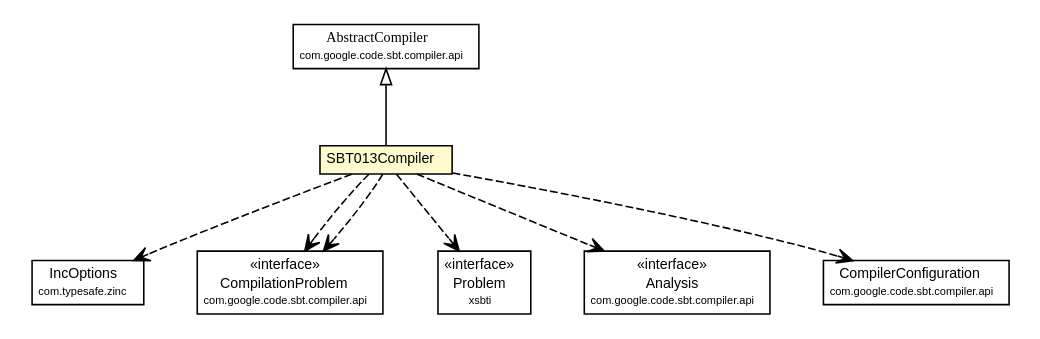
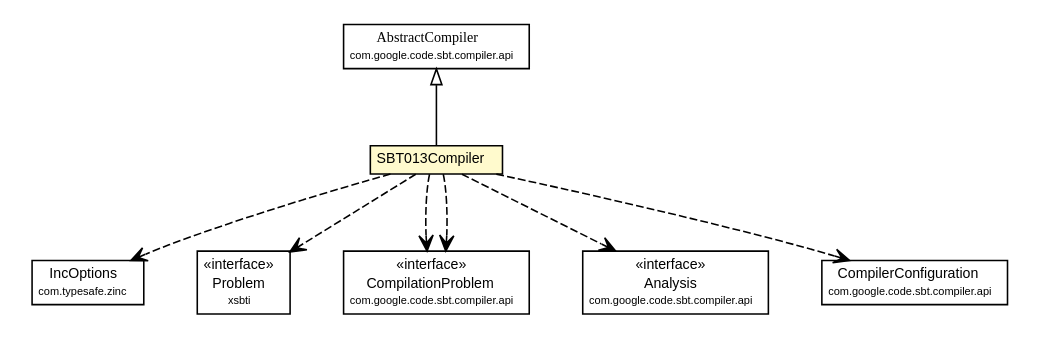
One commit to sbt-compiler-maven-plugin/sbt-compiler-maven-plugin.github.io changed the diagram in sbt-compiler-maven-plugin/1.0.0-beta9-SNAPSHOT/sbt-compilers/sbt-compiler-sbt013/apidocs/com/google/code/sbt/compiler/sbt013/SBT013Compiler.dot. Above: the diagram before and after it, drawn with Graphviz. The commit also changed 150 other files, not shown here.

```diff
--- a/sbt-compiler-maven-plugin/1.0.0-beta9-SNAPSHOT/sbt-compilers/sbt-compiler-sbt013/apidocs/com/google/code/sbt/compiler/sbt013/SBT013Compiler.dot
+++ b/sbt-compiler-maven-plugin/1.0.0-beta9-SNAPSHOT/sbt-compilers/sbt-compiler-sbt013/apidocs/com/google/code/sbt/compiler/sbt013/SBT013Compiler.dot
@@ -1,77 +1,77 @@
 #!/usr/local/bin/dot
 #
 # Class diagram 
 # Generated by UMLGraph version R5_6-24-gf6e263 (http://www.umlgraph.org/)
 #
 
 digraph G {
 	edge [fontname="arial",fontsize=10,labelfontname="arial",labelfontsize=10];
 	node [fontname="arial",fontsize=10,shape=plaintext];
 	nodesep=0.25;
 	ranksep=0.5;
 	// com.google.code.sbt.compiler.sbt013.SBT013Compiler
 	c61 [label=<<table title="com.google.code.sbt.compiler.sbt013.SBT013Compiler" border="0" cellborder="1" cellspacing="0" cellpadding="2" port="p" bgcolor="lemonChiffon" href="./SBT013Compiler.html">
 		<tr><td><table border="0" cellspacing="0" cellpadding="1">
 <tr><td align="center" balign="center"> SBT013Compiler </td></tr>
 		</table></td></tr>
 		</table>>, URL="./SBT013Compiler.html", fontname="arial", fontcolor="black", fontsize=9.0];
 	//com.google.code.sbt.compiler.sbt013.SBT013Compiler extends com.google.code.sbt.compiler.api.AbstractCompiler
 	c66:p -> c61:p [dir=back,arrowtail=empty];
 	// com.google.code.sbt.compiler.sbt013.SBT013Compiler DEPEND com.typesafe.zinc.IncOptions
 	c61:p -> c72:p [taillabel="", label="", headlabel="", fontname="arial", fontcolor="black", fontsize=10.0, color="black", arrowhead=open, style=dashed];
+	// com.google.code.sbt.compiler.sbt013.SBT013Compiler DEPEND xsbti.Problem
+	c61:p -> c73:p [taillabel="", label="", headlabel="", fontname="arial", fontcolor="black", fontsize=10.0, color="black", arrowhead=open, style=dashed];
 	// com.google.code.sbt.compiler.sbt013.SBT013Compiler DEPEND com.google.code.sbt.compiler.api.CompilationProblem
-	c61:p -> c73:p [taillabel="", label="", headlabel="", fontname="arial", fontcolor="black", fontsize=10.0, color="black", arrowhead=open, style=dashed];
-	// com.google.code.sbt.compiler.sbt013.SBT013Compiler DEPEND xsbti.Problem
+	c61:p -> c74:p [taillabel="", label="", headlabel="", fontname="arial", fontcolor="black", fontsize=10.0, color="black", arrowhead=open, style=dashed];
+	// com.google.code.sbt.compiler.sbt013.SBT013Compiler DEPEND com.google.code.sbt.compiler.api.CompilationProblem
 	c61:p -> c74:p [taillabel="", label="", headlabel="", fontname="arial", fontcolor="black", fontsize=10.0, color="black", arrowhead=open, style=dashed];
 	// com.google.code.sbt.compiler.sbt013.SBT013Compiler DEPEND com.google.code.sbt.compiler.api.Analysis
 	c61:p -> c75:p [taillabel="", label="", headlabel="", fontname="arial", fontcolor="black", fontsize=10.0, color="black", arrowhead=open, style=dashed];
-	// com.google.code.sbt.compiler.sbt013.SBT013Compiler DEPEND com.google.code.sbt.compiler.api.CompilationProblem
-	c61:p -> c73:p [taillabel="", label="", headlabel="", fontname="arial", fontcolor="black", fontsize=10.0, color="black", arrowhead=open, style=dashed];
 	// com.google.code.sbt.compiler.sbt013.SBT013Compiler DEPEND com.google.code.sbt.compiler.api.CompilerConfiguration
 	c61:p -> c78:p [taillabel="", label="", headlabel="", fontname="arial", fontcolor="black", fontsize=10.0, color="black", arrowhead=open, style=dashed];
 	// com.google.code.sbt.compiler.api.CompilationProblem
-	c73 [label=<<table title="com.google.code.sbt.compiler.api.CompilationProblem" border="0" cellborder="1" cellspacing="0" cellpadding="2" port="p">
+	c74 [label=<<table title="com.google.code.sbt.compiler.api.CompilationProblem" border="0" cellborder="1" cellspacing="0" cellpadding="2" port="p">
 		<tr><td><table border="0" cellspacing="0" cellpadding="1">
 <tr><td align="center" balign="center"> &#171;interface&#187; </td></tr>
 <tr><td align="center" balign="center"> CompilationProblem </td></tr>
 <tr><td align="center" balign="center"><font point-size="7.0"> com.google.code.sbt.compiler.api </font></td></tr>
 		</table></td></tr>
 		</table>>, URL="null", fontname="arial", fontcolor="black", fontsize=9.0];
 	// com.google.code.sbt.compiler.api.AbstractCompiler
 	c66 [label=<<table title="com.google.code.sbt.compiler.api.AbstractCompiler" border="0" cellborder="1" cellspacing="0" cellpadding="2" port="p">
 		<tr><td><table border="0" cellspacing="0" cellpadding="1">
 <tr><td align="center" balign="center"><font face="arial italic"> AbstractCompiler </font></td></tr>
 <tr><td align="center" balign="center"><font point-size="7.0"> com.google.code.sbt.compiler.api </font></td></tr>
 		</table></td></tr>
 		</table>>, URL="null", fontname="arial", fontcolor="black", fontsize=9.0];
 	// com.typesafe.zinc.IncOptions
 	c72 [label=<<table title="com.typesafe.zinc.IncOptions" border="0" cellborder="1" cellspacing="0" cellpadding="2" port="p">
 		<tr><td><table border="0" cellspacing="0" cellpadding="1">
 <tr><td align="center" balign="center"> IncOptions </td></tr>
 <tr><td align="center" balign="center"><font point-size="7.0"> com.typesafe.zinc </font></td></tr>
 		</table></td></tr>
 		</table>>, URL="null", fontname="arial", fontcolor="black", fontsize=9.0];
 	// xsbti.Problem
-	c74 [label=<<table title="xsbti.Problem" border="0" cellborder="1" cellspacing="0" cellpadding="2" port="p">
+	c73 [label=<<table title="xsbti.Problem" border="0" cellborder="1" cellspacing="0" cellpadding="2" port="p">
 		<tr><td><table border="0" cellspacing="0" cellpadding="1">
 <tr><td align="center" balign="center"> &#171;interface&#187; </td></tr>
 <tr><td align="center" balign="center"> Problem </td></tr>
 <tr><td align="center" balign="center"><font point-size="7.0"> xsbti </font></td></tr>
 		</table></td></tr>
 		</table>>, URL="null", fontname="arial", fontcolor="black", fontsize=9.0];
 	// com.google.code.sbt.compiler.api.Analysis
 	c75 [label=<<table title="com.google.code.sbt.compiler.api.Analysis" border="0" cellborder="1" cellspacing="0" cellpadding="2" port="p">
 		<tr><td><table border="0" cellspacing="0" cellpadding="1">
 <tr><td align="center" balign="center"> &#171;interface&#187; </td></tr>
 <tr><td align="center" balign="center"> Analysis </td></tr>
 <tr><td align="center" balign="center"><font point-size="7.0"> com.google.code.sbt.compiler.api </font></td></tr>
 		</table></td></tr>
 		</table>>, URL="null", fontname="arial", fontcolor="black", fontsize=9.0];
 	// com.google.code.sbt.compiler.api.CompilerConfiguration
 	c78 [label=<<table title="com.google.code.sbt.compiler.api.CompilerConfiguration" border="0" cellborder="1" cellspacing="0" cellpadding="2" port="p">
 		<tr><td><table border="0" cellspacing="0" cellpadding="1">
 <tr><td align="center" balign="center"> CompilerConfiguration </td></tr>
 <tr><td align="center" balign="center"><font point-size="7.0"> com.google.code.sbt.compiler.api </font></td></tr>
 		</table></td></tr>
 		</table>>, URL="null", fontname="arial", fontcolor="black", fontsize=9.0];
 }
```
